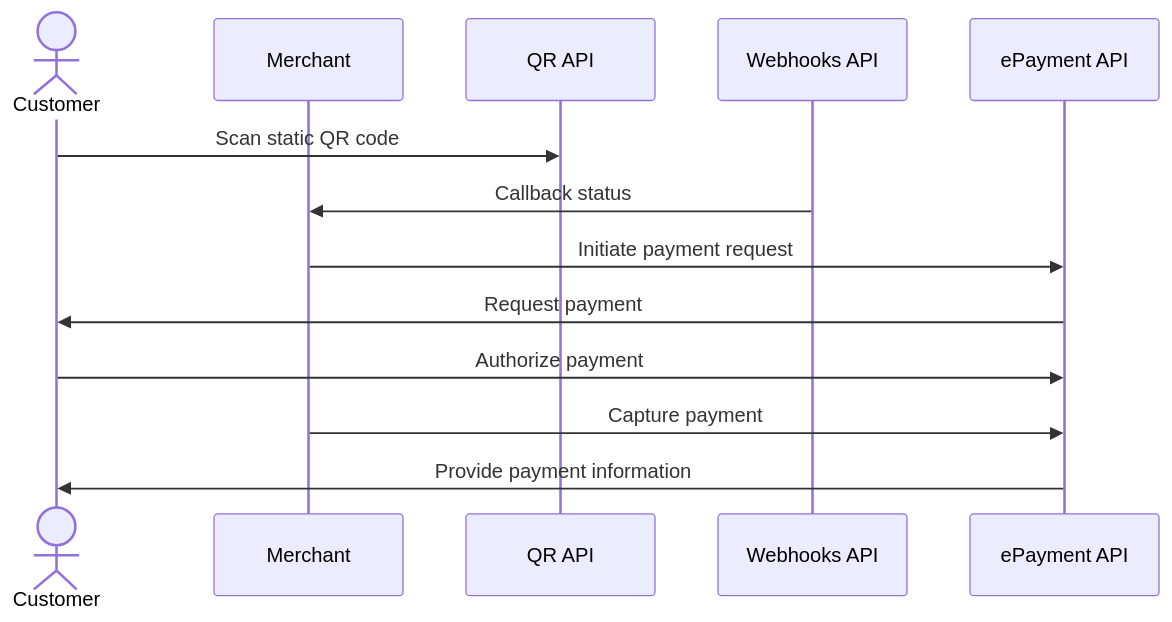
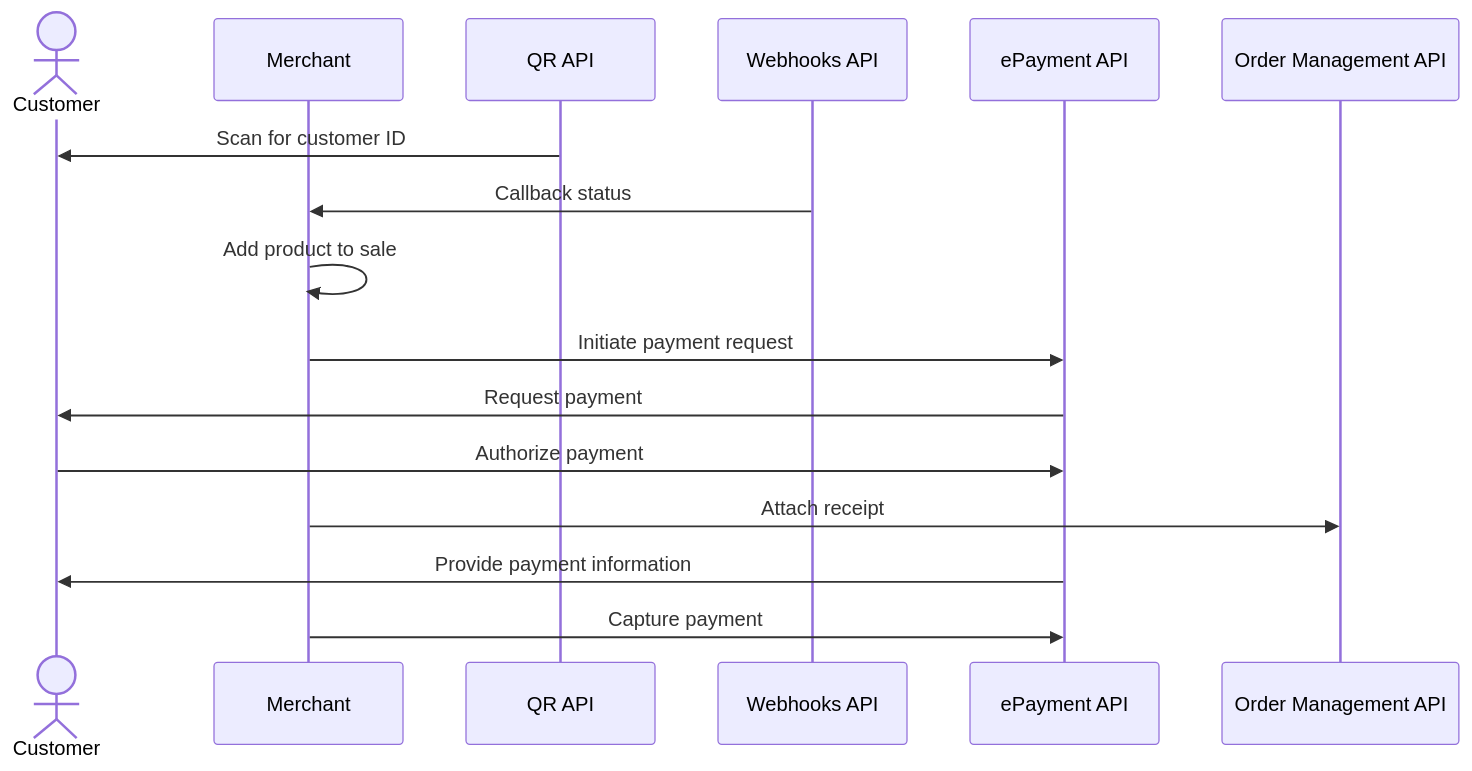
One commit to vippsas/vipps-solutions changed the diagram in static-qr-at-pos/README.md. Above: the diagram before and after it, drawn with Mermaid. The commit also changed 10 other files, not shown here.

Commit message:
Align and simplify all sequence diagrams

````diff
--- a/static-qr-at-pos/README.md
+++ b/static-qr-at-pos/README.md
@@ -60,15 +60,19 @@
 ``` mermaid
 sequenceDiagram
     actor C as Customer
     participant M as Merchant
     participant QR as QR API
     participant Webhooks as Webhooks API
     participant ePayment as ePayment API
-    C->>QR: Scan static QR code
+    participant ordermanagement as Order Management API
+
+    QR->>C: Scan for customer ID
     Webhooks->>M: Callback status
+    M->>M: Add product to sale
     M->>ePayment: Initiate payment request
     ePayment->>C: Request payment
     C->>ePayment: Authorize payment
+    M->> ordermanagement: Attach receipt
+    ePayment->>C: Provide payment information
     M->>ePayment: Capture payment
-    ePayment->>C: Provide payment information
 ```
````
